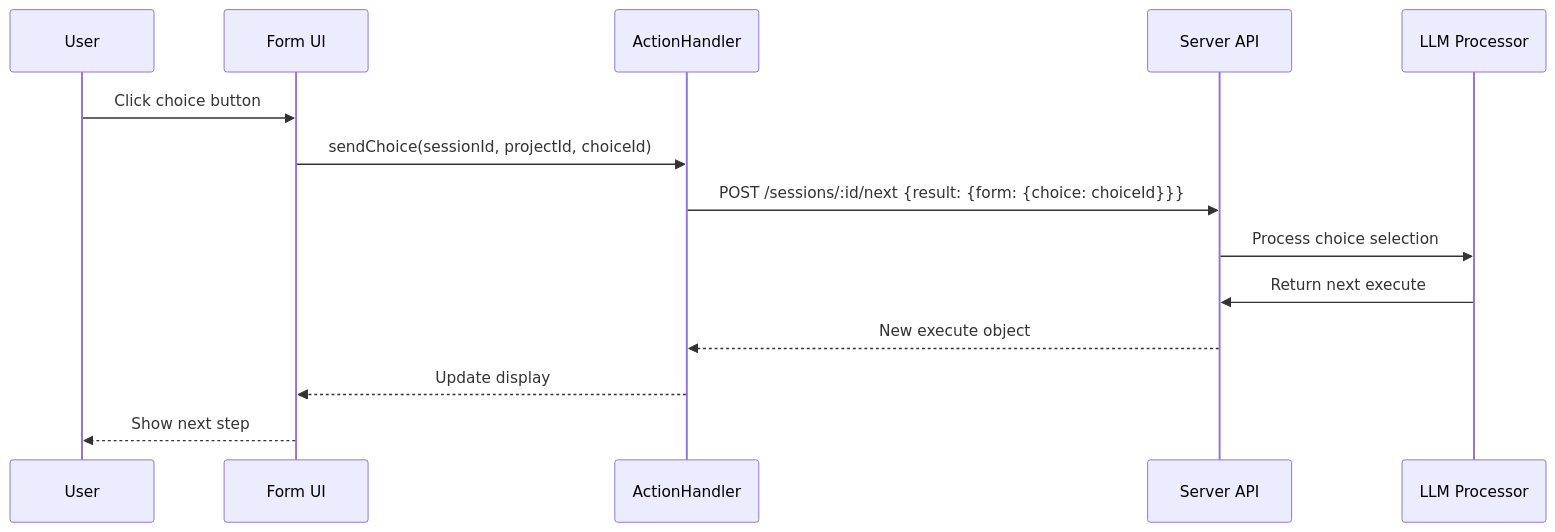
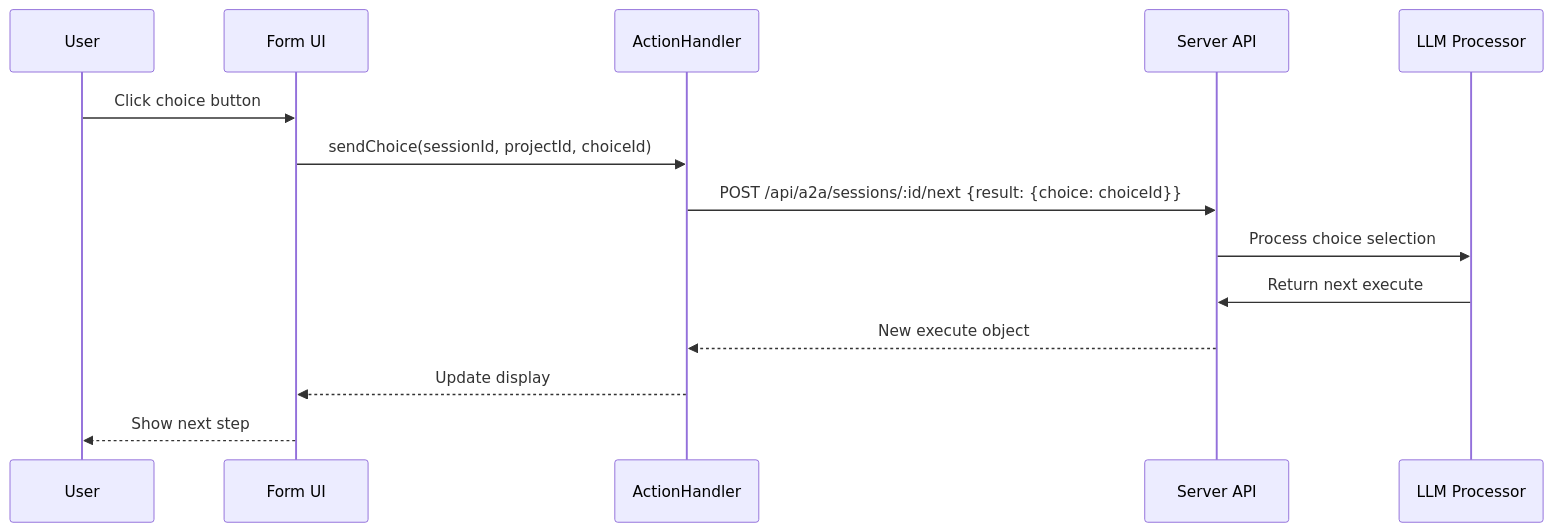
Before and after one commit to donkeyhotshow/a2a-script-agent-autonomy: the second of 8 diagrams in a2a-client/docs/workflows/task-execution/README.md, drawn with Mermaid. The commit also changed other lines of this file and 60 other files, not shown here.

````diff
--- a/a2a-client/docs/workflows/task-execution/README.md
+++ b/a2a-client/docs/workflows/task-execution/README.md
@@ -50,17 +50,17 @@
 ```mermaid
 sequenceDiagram
     participant U as User
     participant UI as Form UI
     participant AH as ActionHandler
     participant API as Server API
     participant LLM as LLM Processor
 
     U->>UI: Click choice button
     UI->>AH: sendChoice(sessionId, projectId, choiceId)
-    AH->>API: POST /sessions/:id/next {result: {form: {choice: choiceId}}}
+    AH->>API: POST /api/a2a/sessions/:id/next {result: {choice: choiceId}}
     API->>LLM: Process choice selection
     LLM->>API: Return next execute
     API-->>AH: New execute object
     AH-->>UI: Update display
     UI-->>U: Show next step
 ```
````
